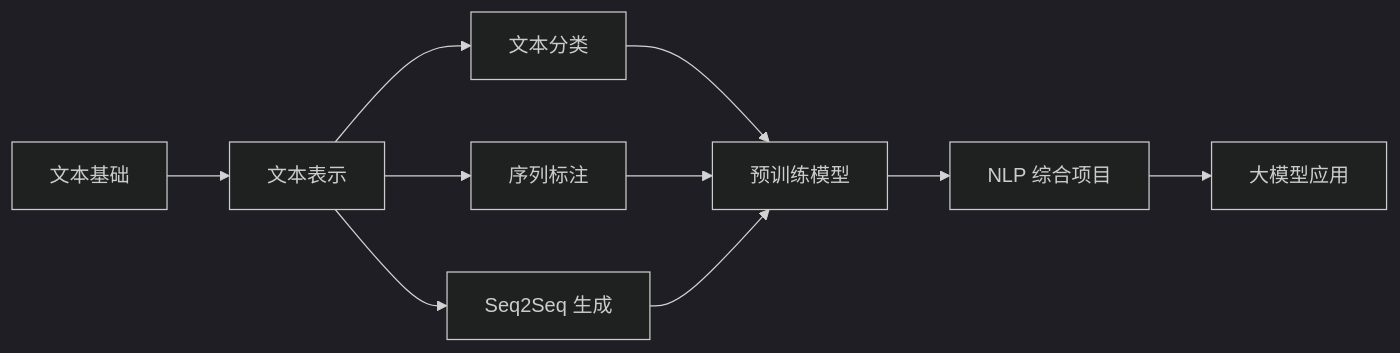
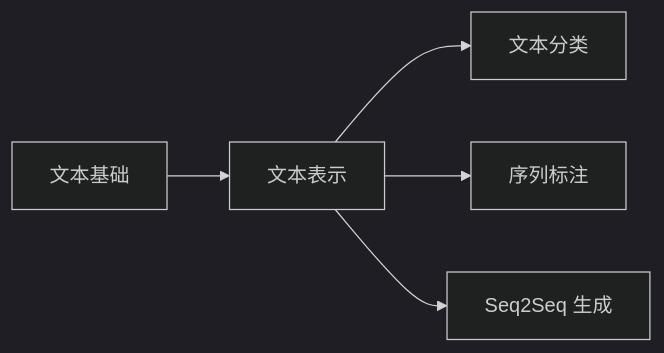
Before and after one commit to oudbiao/AI-fullstack-course: the first of 5 diagrams in docs/stage7/ch07-projects/00-roadmap.md, drawn with Mermaid (dark theme). The commit also changed other lines of this file and 139 other files, not shown here.

````diff
--- a/docs/stage7/ch07-projects/00-roadmap.md
+++ b/docs/stage7/ch07-projects/00-roadmap.md
@@ -20,12 +20,7 @@
 ```mermaid
 flowchart LR
   A[文本基础] --> B[文本表示]
   B --> C[文本分类]
   B --> D[序列标注]
   B --> E[Seq2Seq 生成]
-  C --> F[预训练模型]
-  D --> F
-  E --> F
-  F --> G[NLP 综合项目]
-  G --> H[大模型应用]
 ```
````
